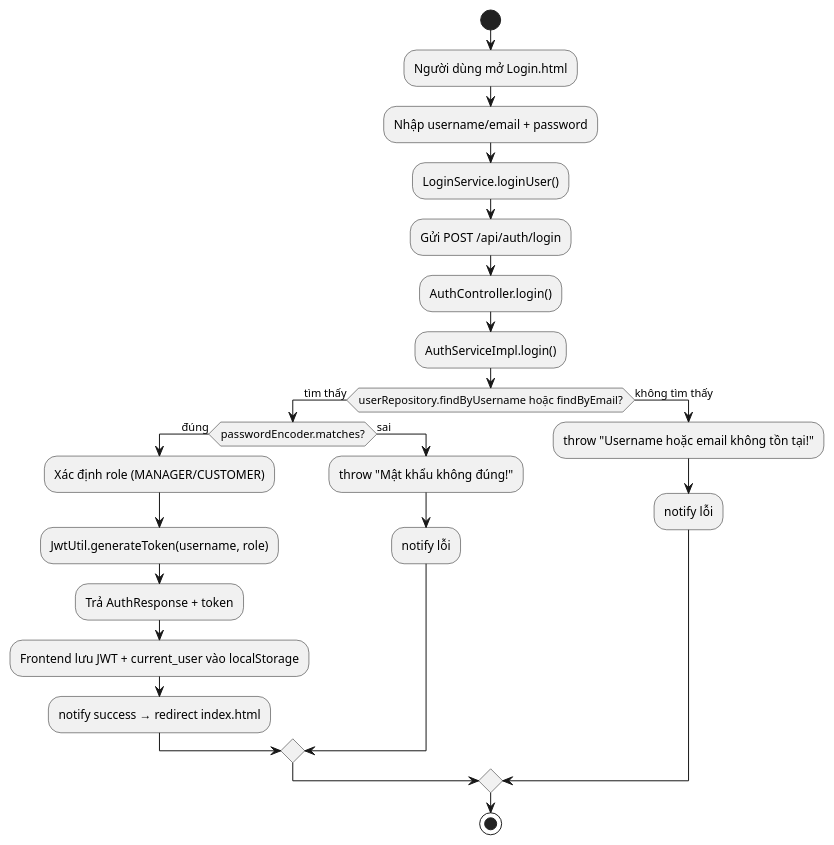
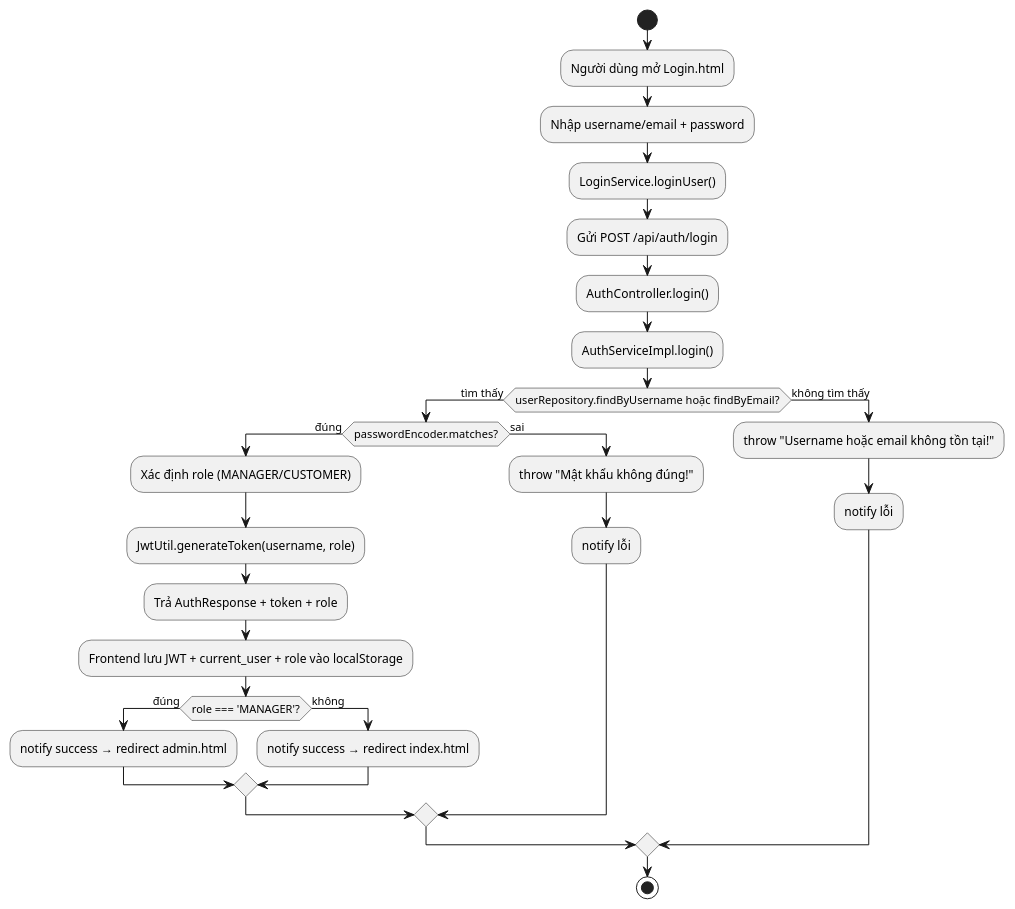
The diagram in src/main/java/org/example/project_cuoiky_congnghephanmem_oose/uml/activity_uc3.puml (Khoa18062005/Project_CuoiKy_OOSE_FIT_HCMUTE), drawn with PlantUML before and after one commit. The commit also changed 1 other file, not shown here.

Commit message:
change sequence and activity uc3

```diff
--- a/src/main/java/org/example/project_cuoiky_congnghephanmem_oose/uml/activity_uc3.puml
+++ b/src/main/java/org/example/project_cuoiky_congnghephanmem_oose/uml/activity_uc3.puml
@@ -1,25 +1,29 @@
 @startuml
 start
 :Người dùng mở Login.html;
 :Nhập username/email + password;
 :LoginService.loginUser();
 :Gửi POST /api/auth/login;
 :AuthController.login();
 :AuthServiceImpl.login();
 if (userRepository.findByUsername hoặc findByEmail?) then (tìm thấy)
     if (passwordEncoder.matches?) then (đúng)
         :Xác định role (MANAGER/CUSTOMER);
         :JwtUtil.generateToken(username, role);
-        :Trả AuthResponse + token;
-        :Frontend lưu JWT + current_user vào localStorage;
-        :notify success → redirect index.html;
+        :Trả AuthResponse + token + role;
+        :Frontend lưu JWT + current_user + role vào localStorage;
+        if (role === 'MANAGER'?) then (đúng)
+            :notify success → redirect admin.html;
+        else (không)
+            :notify success → redirect index.html;
+        endif
     else (sai)
         :throw "Mật khẩu không đúng!";
         :notify lỗi;
     endif
 else (không tìm thấy)
     :throw "Username hoặc email không tồn tại!";
     :notify lỗi;
 endif
 stop
 @enduml
```
